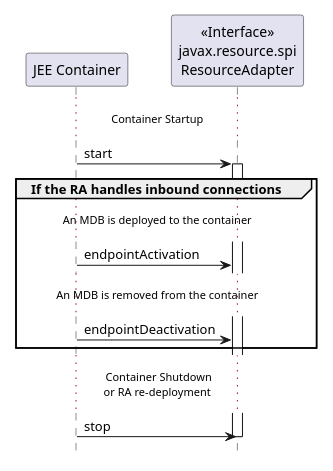
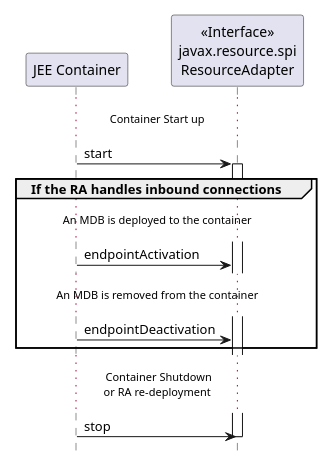
The second of 3 diagrams in docs/diagrams.rst (greglanthier/jca1.6-demo), drawn with PlantUML before and after one commit. The commit also changed other lines of this file and 1 other file, not shown here.

```diff
--- a/docs/diagrams.rst
+++ b/docs/diagrams.rst
@@ -42,22 +42,22 @@
 .. uml::
 	scale 2/3
 	hide footbox
 	participant "JEE Container" as container
 	participant "<<Interface>>\njavax.resource.spi\nResourceAdapter" as ra
 	
-	... Container Startup ...
+	... Container Start up ...
 
 	container -> ra: start
 	activate ra
 
 	group If the RA handles inbound connections
 	... An MDB is deployed to the container ...
 	container -> ra: endpointActivation
 	... An MDB is removed from the container ...
 	container -> ra: endpointDeactivation
 	end
 
 	... Container Shutdown\n or RA re-deployment ...
 	
 	container -> ra: stop
 	deactivate ra
```
